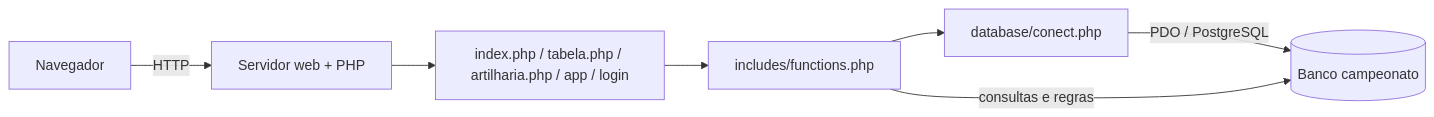
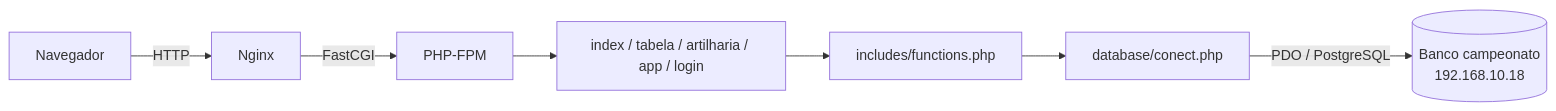
Before and after one commit to filipelucioo/Projeto-integrador: the first of 4 diagrams in README.md, drawn with Mermaid. The commit also changed other lines of this file and 1 other file, not shown here.

````diff
--- a/README.md
+++ b/README.md
@@ -107,9 +105,9 @@
 ```mermaid
 flowchart LR
-    N[Navegador] -->|HTTP| PHP[Servidor web + PHP]
-    PHP --> PAG[ index.php / tabela.php / artilharia.php / app / login ]
+    N[Navegador] -->|HTTP| NG[Nginx]
+    NG -->|FastCGI| FPM[PHP-FPM]
+    FPM --> PAG[index / tabela / artilharia / app / login]
     PAG --> F[includes/functions.php]
     F --> C[database/conect.php]
-    C -->|PDO / PostgreSQL| DB[(Banco campeonato)]
-    F -->|consultas e regras| DB
+    C -->|PDO / PostgreSQL| DB[(Banco campeonato<br/>192.168.10.18)]
 ```
````
